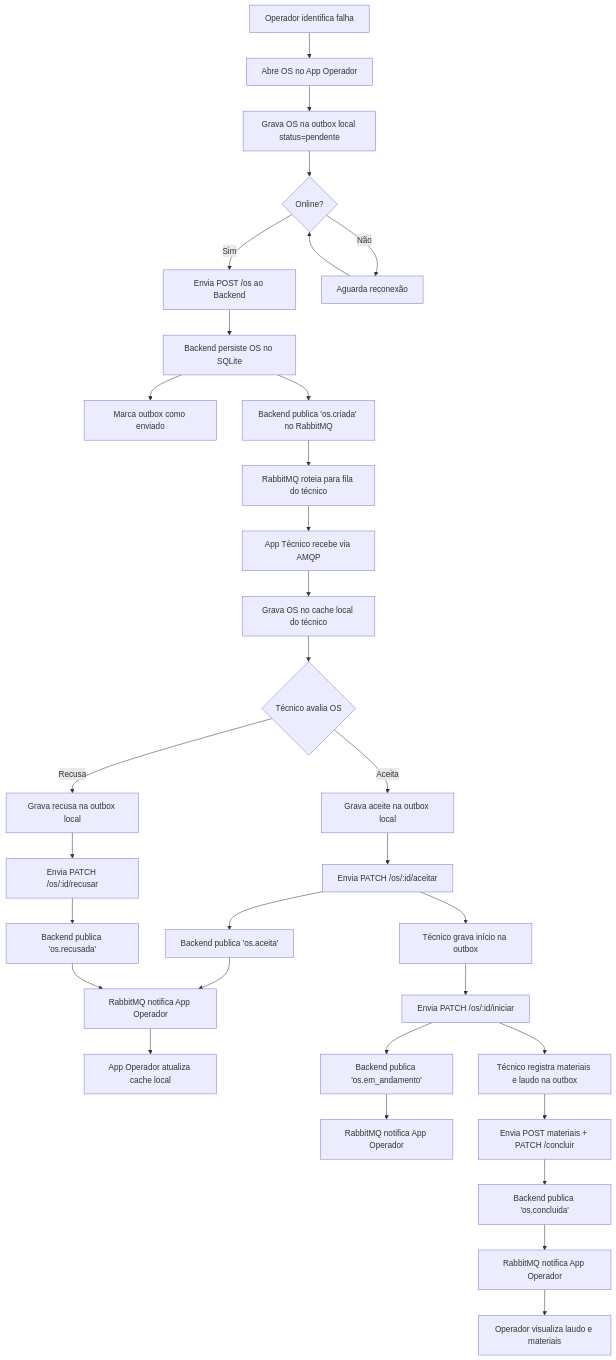
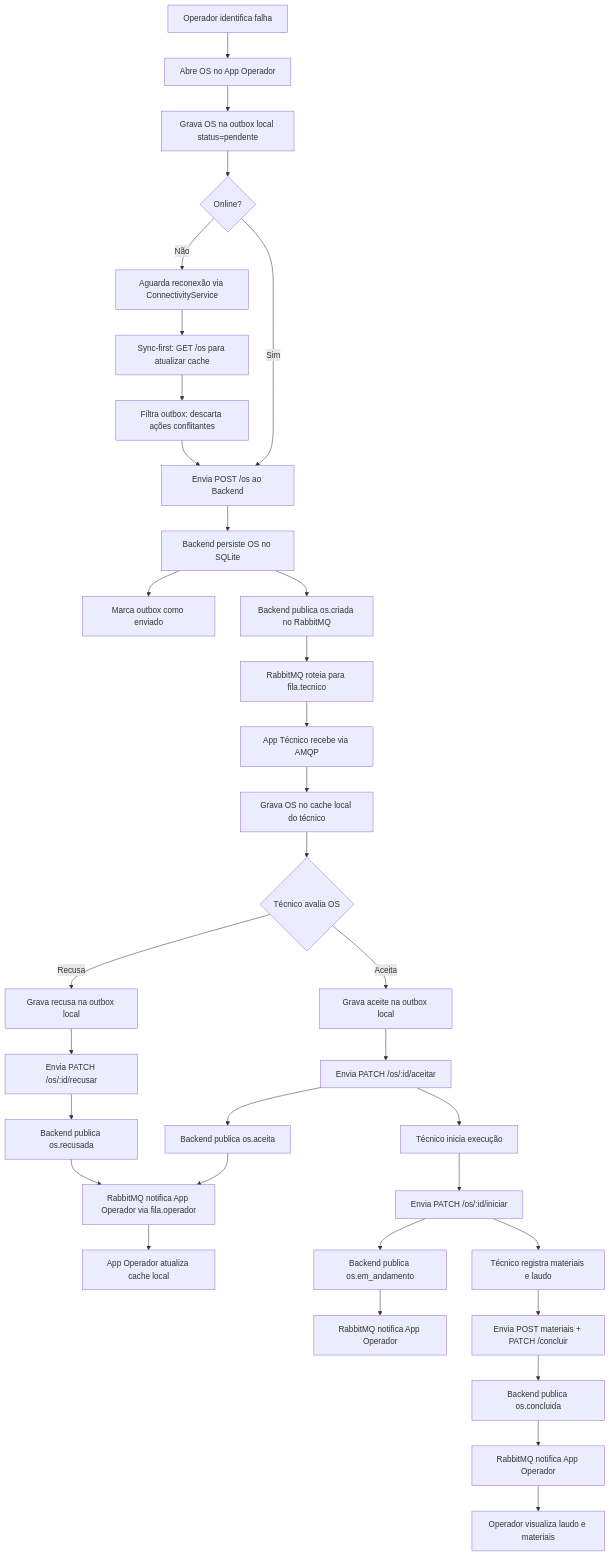
Before and after one commit to art1544/PlantOS-LAMD: diagram 11 of 11 in docs/sprint1/arquitetura.md, drawn with Mermaid. The commit also changed other lines of this file and 36 other files, not shown here.

````diff
--- a/docs/sprint1/arquitetura.md
+++ b/docs/sprint1/arquitetura.md
@@ -854,34 +973,36 @@
 ```mermaid
 flowchart TD
     A[Operador identifica falha] --> B[Abre OS no App Operador]
     B --> C[Grava OS na outbox local status=pendente]
     C --> D{Online?}
     D -->|Sim| E[Envia POST /os ao Backend]
-    D -->|Não| W[Aguarda reconexão]
-    W --> D
+    D -->|Não| W[Aguarda reconexão via ConnectivityService]
+    W --> SYNC[Sync-first: GET /os para atualizar cache]
+    SYNC --> RECONCILE[Filtra outbox: descarta ações conflitantes]
+    RECONCILE --> E
     E --> F[Backend persiste OS no SQLite]
     F --> G[Marca outbox como enviado]
-    F --> H[Backend publica 'os.criada' no RabbitMQ]
-    H --> I[RabbitMQ roteia para fila do técnico]
+    F --> H[Backend publica os.criada no RabbitMQ]
+    H --> I[RabbitMQ roteia para fila.tecnico]
     I --> J[App Técnico recebe via AMQP]
     J --> K[Grava OS no cache local do técnico]
     K --> L{Técnico avalia OS}
     L -->|Aceita| M[Grava aceite na outbox local]
     L -->|Recusa| N[Grava recusa na outbox local]
     M --> O[Envia PATCH /os/:id/aceitar]
     N --> P[Envia PATCH /os/:id/recusar]
-    O --> Q[Backend publica 'os.aceita']
-    P --> R[Backend publica 'os.recusada']
-    Q --> S[RabbitMQ notifica App Operador]
+    O --> Q[Backend publica os.aceita]
+    P --> R[Backend publica os.recusada]
+    Q --> S[RabbitMQ notifica App Operador via fila.operador]
     R --> S
     S --> T[App Operador atualiza cache local]
-    O --> U[Técnico grava início na outbox]
+    O --> U[Técnico inicia execução]
     U --> V[Envia PATCH /os/:id/iniciar]
-    V --> V2[Backend publica 'os.em_andamento']
+    V --> V2[Backend publica os.em_andamento]
     V2 --> V3[RabbitMQ notifica App Operador]
-    V --> X[Técnico registra materiais e laudo na outbox]
+    V --> X[Técnico registra materiais e laudo]
     X --> Y[Envia POST materiais + PATCH /concluir]
-    Y --> Z[Backend publica 'os.concluida']
+    Y --> Z[Backend publica os.concluida]
     Z --> AA[RabbitMQ notifica App Operador]
     AA --> AB[Operador visualiza laudo e materiais]
 ```
````
